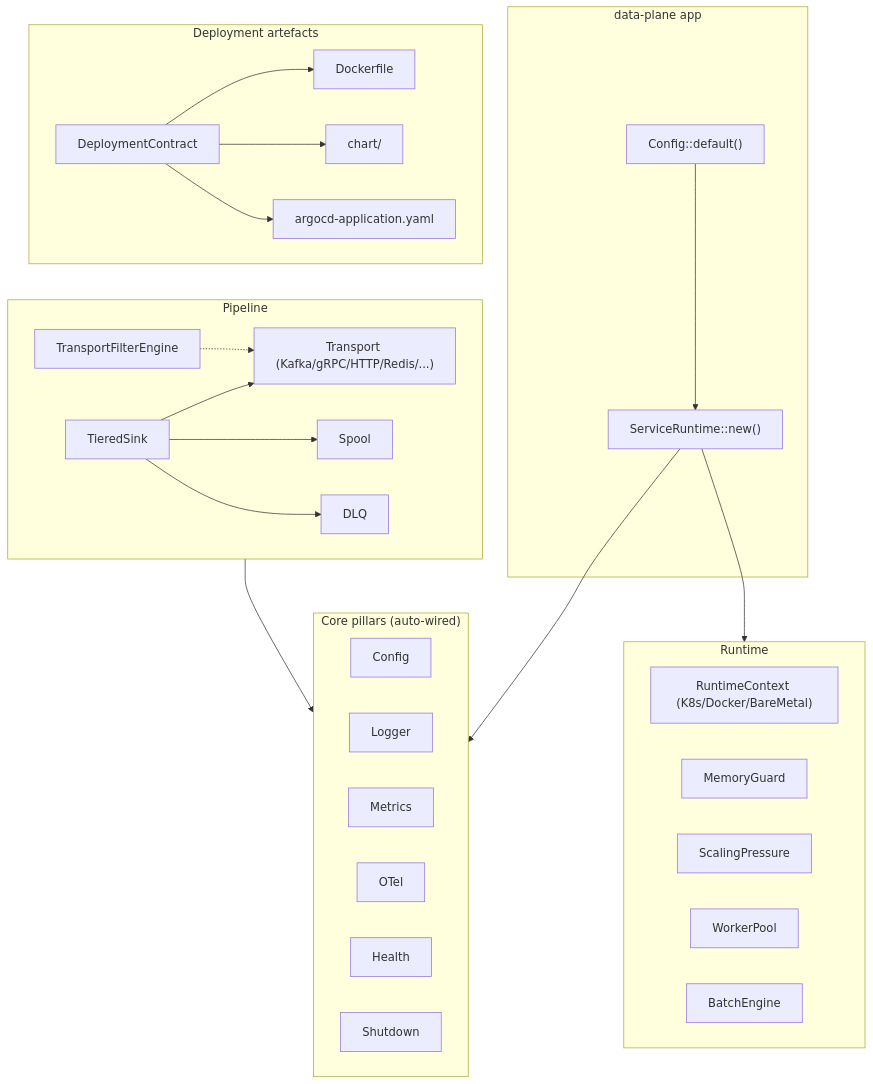
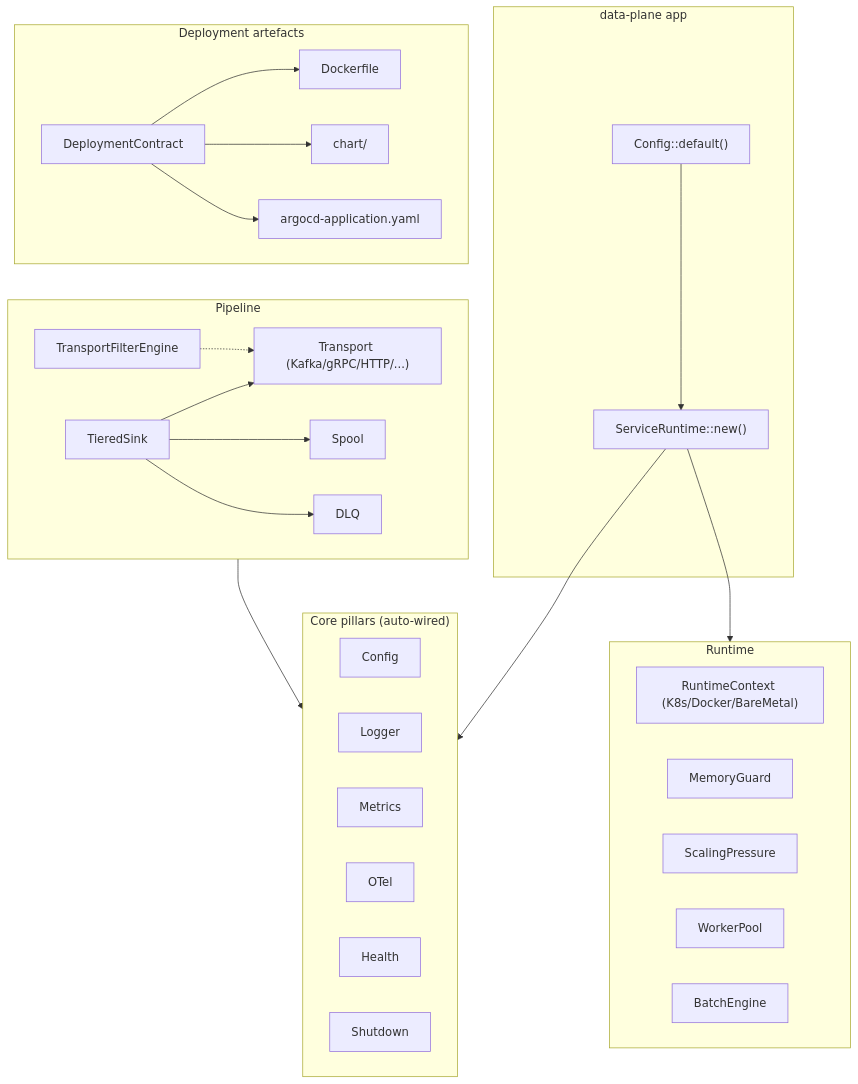
Before and after one commit to hyperi-io/scalo-rs: the diagram in docs/README.md, drawn with Mermaid. The commit also changed other lines of this file and 38 other files, not shown here.

First line of the commit message:
fix: remove the Redis transport and DLQ backend (#179)

````diff
--- a/docs/README.md
+++ b/docs/README.md
@@ -36,49 +36,49 @@
 ```mermaid
 flowchart TB
     subgraph App["data-plane app"]
         Cfg["Config::default()"] --> SR["ServiceRuntime::new()"]
     end
 
     subgraph Pillars["Core pillars (auto-wired)"]
         Config
         Logger
         Metrics
         OTel
         Health
         Shutdown
     end
 
     subgraph Runtime["Runtime"]
         RC["RuntimeContext (K8s/Docker/BareMetal)"]
         MG["MemoryGuard"]
         SP["ScalingPressure"]
         WP["WorkerPool"]
         BE["BatchEngine"]
     end
 
     subgraph Pipeline["Pipeline"]
-        T["Transport (Kafka/gRPC/HTTP/Redis/...)"]
+        T["Transport (Kafka/gRPC/HTTP/...)"]
         TF["TransportFilterEngine"]
         TS["TieredSink"]
         SPL["Spool"]
         DLQ
     end
 
     subgraph Deploy["Deployment artefacts"]
         DC["DeploymentContract"]
         DF["Dockerfile"]
         CH["chart/"]
         AC["argocd-application.yaml"]
     end
 
     SR --> Pillars
     SR --> Runtime
     Pipeline --> Pillars
     TF -.-> T
     TS --> T
     TS --> SPL
     TS --> DLQ
     DC --> DF
     DC --> CH
     DC --> AC
 ```
````
